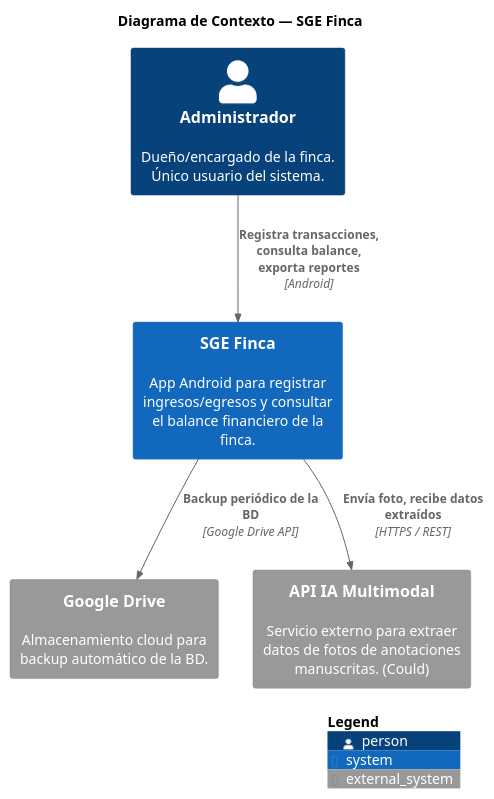
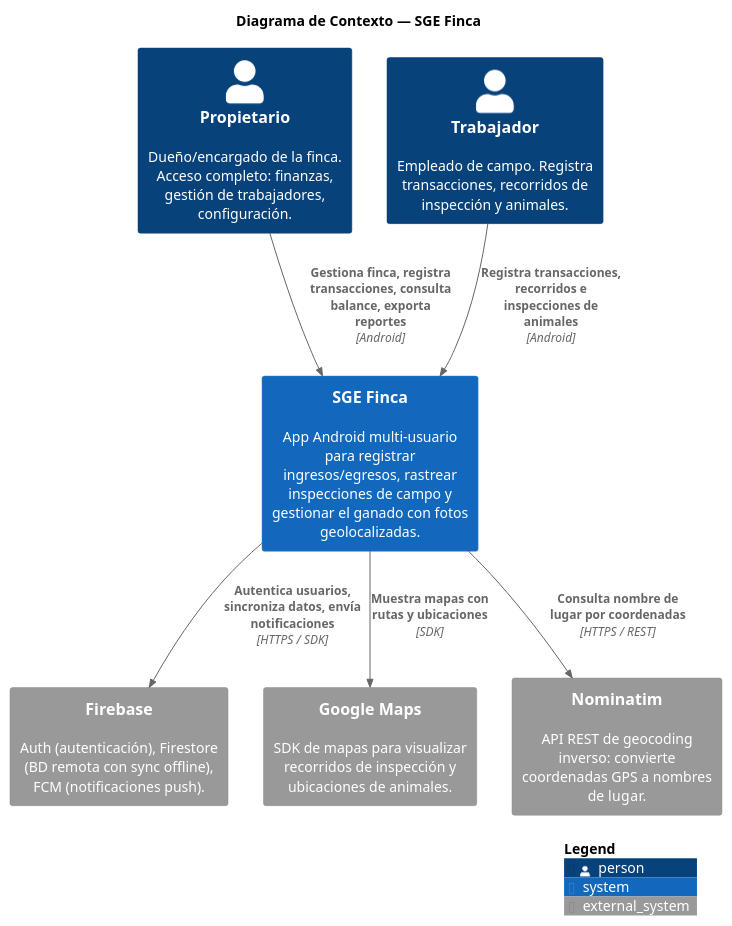
The first of 3 diagrams in docs/4-arquitectura/diagramas_c4.md (PUJ-ICM-1131/SGE), drawn with PlantUML before and after one commit. The commit also changed other lines of this file and 9 other files, not shown here.

First line of the commit message:
docs: update architecture for confirmed tech stack and sensors (#2)

````diff
--- a/docs/4-arquitectura/diagramas_c4.md
+++ b/docs/4-arquitectura/diagramas_c4.md
@@ -16,20 +16,24 @@
 ```plantuml
 @startuml c4-nivel1-contexto
 !include <C4/C4_Context>
 
 title Diagrama de Contexto — SGE Finca
 
-Person(admin, "Administrador", "Dueño/encargado de la finca. Único usuario del sistema.")
+Person(owner, "Propietario", "Dueño/encargado de la finca. Acceso completo: finanzas, gestión de trabajadores, configuración.")
+Person(worker, "Trabajador", "Empleado de campo. Registra transacciones, recorridos de inspección y animales.")
 
-System(sge, "SGE Finca", "App Android para registrar ingresos/egresos y consultar el balance financiero de la finca.")
+System(sge, "SGE Finca", "App Android multi-usuario para registrar ingresos/egresos, rastrear inspecciones de campo y gestionar el ganado con fotos geolocalizadas.")
 
-System_Ext(gdrive, "Google Drive", "Almacenamiento cloud para backup automático de la BD.")
-System_Ext(aiapi, "API IA Multimodal", "Servicio externo para extraer datos de fotos de anotaciones manuscritas. (Could)")
+System_Ext(firebase, "Firebase", "Auth (autenticación), Firestore (BD remota con sync offline), FCM (notificaciones push).")
+System_Ext(gmaps, "Google Maps", "SDK de mapas para visualizar recorridos de inspección y ubicaciones de animales.")
+System_Ext(nominatim, "Nominatim", "API REST de geocoding inverso: convierte coordenadas GPS a nombres de lugar.")
 
-Rel(admin, sge, "Registra transacciones, consulta balance, exporta reportes", "Android")
-Rel(sge, gdrive, "Backup periódico de la BD", "Google Drive API")
-Rel(sge, aiapi, "Envía foto, recibe datos extraídos", "HTTPS / REST")
+Rel(owner, sge, "Gestiona finca, registra transacciones, consulta balance, exporta reportes", "Android")
+Rel(worker, sge, "Registra transacciones, recorridos e inspecciones de animales", "Android")
+Rel(sge, firebase, "Autentica usuarios, sincroniza datos, envía notificaciones", "HTTPS / SDK")
+Rel(sge, gmaps, "Muestra mapas con rutas y ubicaciones", "SDK")
+Rel(sge, nominatim, "Consulta nombre de lugar por coordenadas", "HTTPS / REST")
 
 SHOW_LEGEND()
 @enduml
 ```
````
